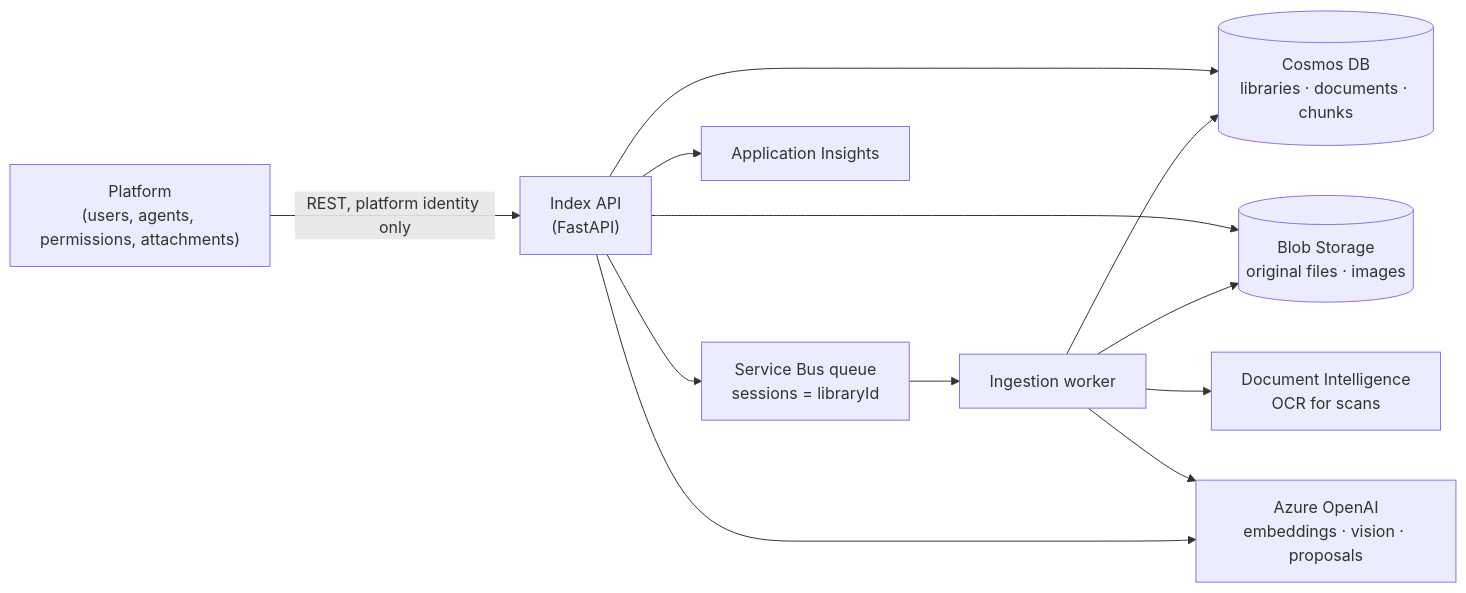
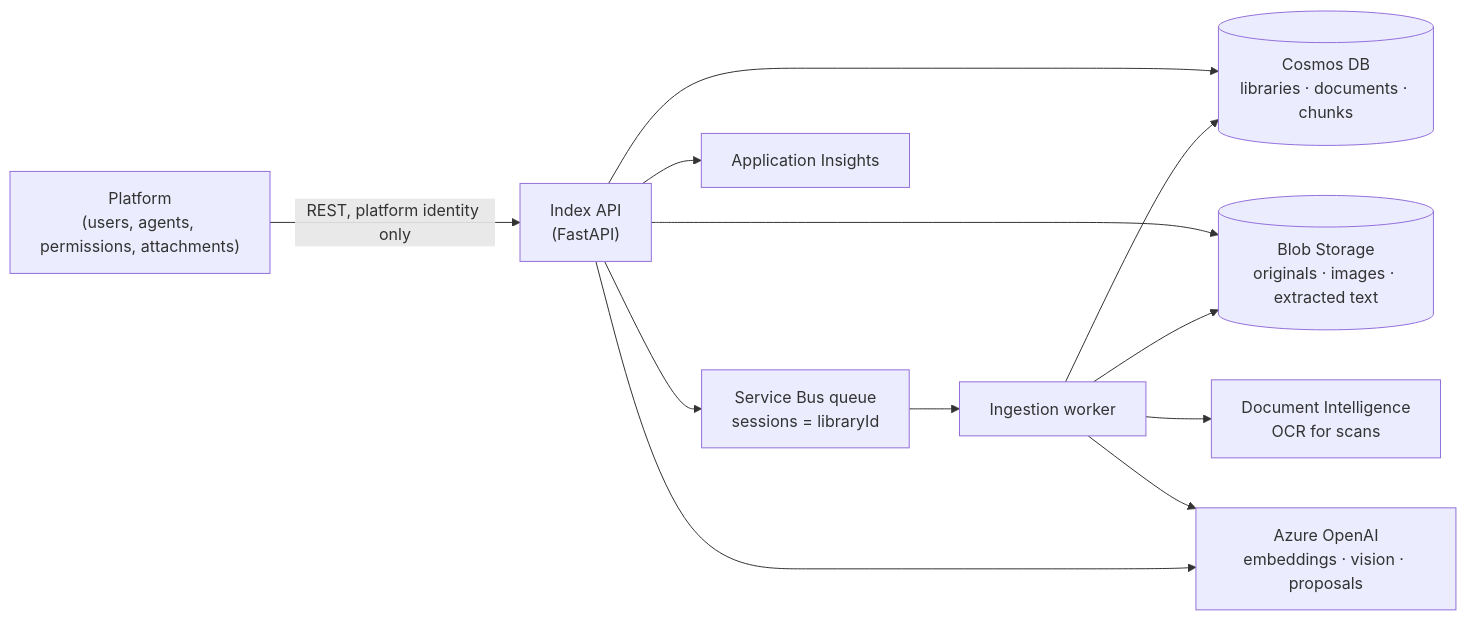
The diagram in docs/spec.md (ASeabrook36/cosmos-based-file-libraries), drawn with Mermaid before and after one commit. The commit also changed other lines of this file and 56 other files, not shown here.

````diff
--- a/docs/spec.md
+++ b/docs/spec.md
@@ -32,24 +33,24 @@
 ```mermaid
 flowchart LR
     P["Platform<br/>(users, agents, permissions, attachments)"]
     API["Index API<br/>(FastAPI)"]
     Q["Service Bus queue<br/>sessions = libraryId"]
     W["Ingestion worker"]
     C[("Cosmos DB<br/>libraries · documents · chunks")]
-    B[("Blob Storage<br/>original files · images")]
+    B[("Blob Storage<br/>originals · images · extracted text")]
     AI["Azure OpenAI<br/>embeddings · vision · proposals"]
     DI["Document Intelligence<br/>OCR for scans"]
     T["Application Insights"]
 
     P -- "REST, platform identity only" --> API
     API --> C
     API --> B
     API --> Q
     Q --> W
     W --> B
     W --> DI
     W --> AI
     W --> C
     API --> AI
     API --> T
 ```
````
